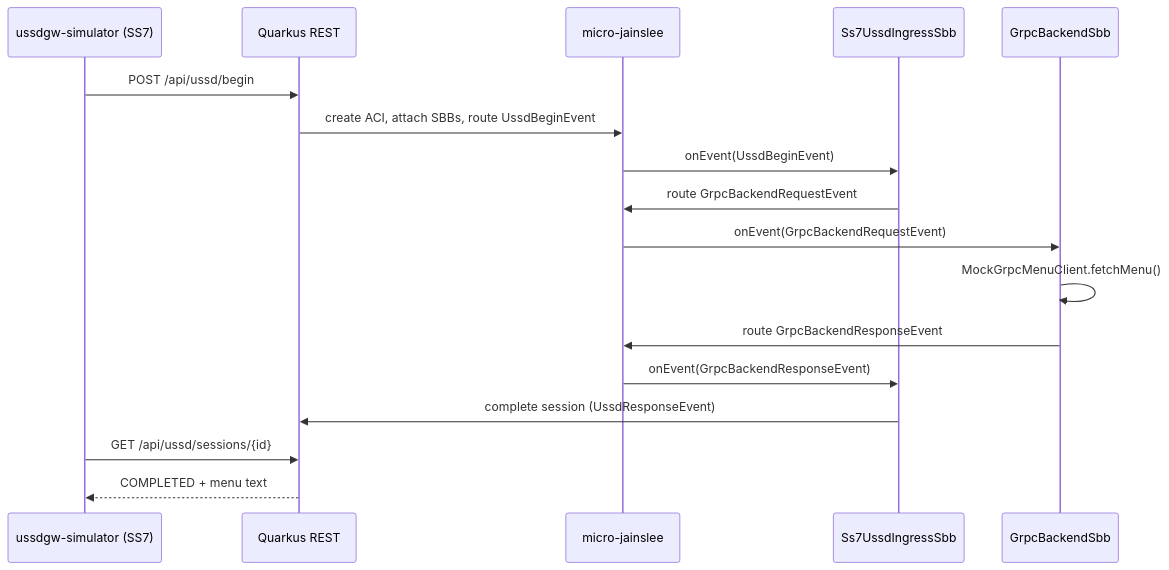
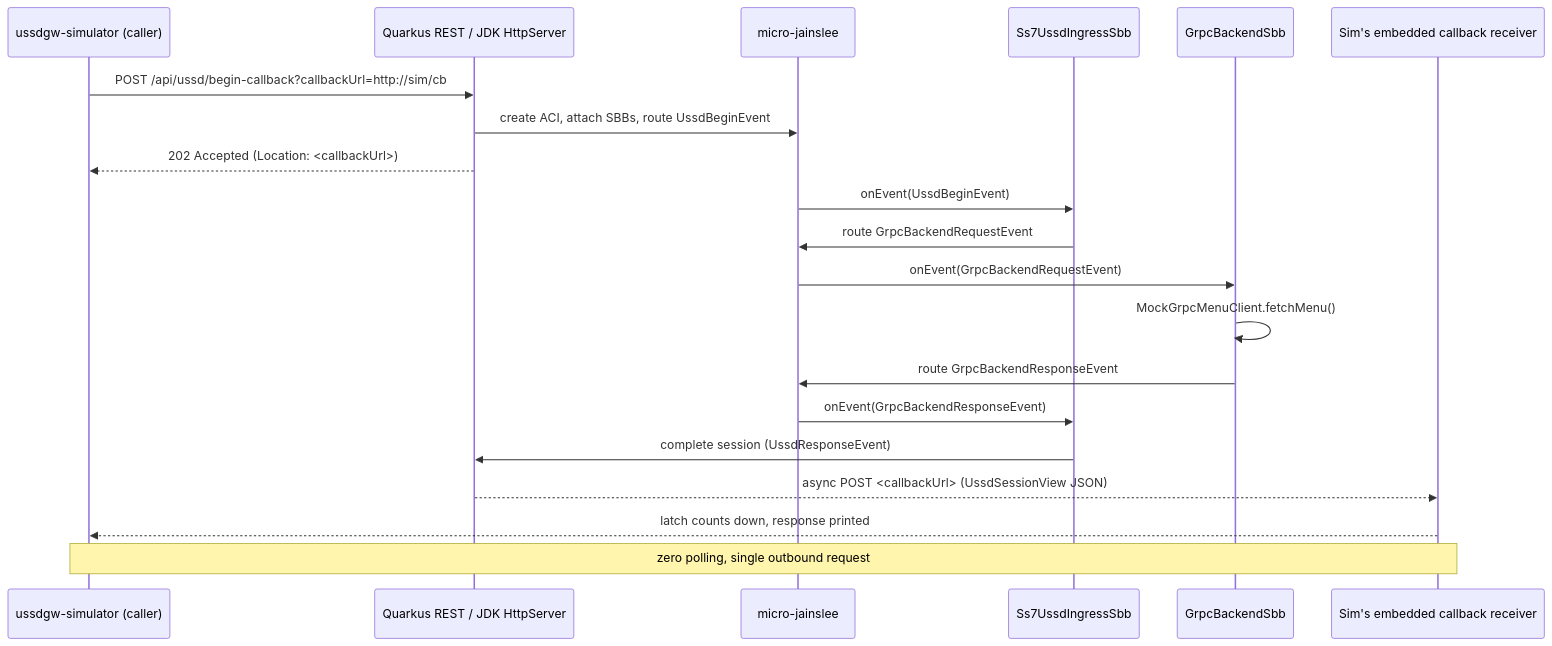
Before and after one commit to nhanth87/jain-slee: the diagram in example/README.md, drawn with Mermaid. The commit also changed other lines of this file and 26 other files, not shown here.

````diff
--- a/example/README.md
+++ b/example/README.md
@@ -15,20 +19,24 @@
 ```mermaid
 sequenceDiagram
-    participant Sim as ussdgw-simulator (SS7)
-    participant REST as Quarkus REST
+    participant Sim as ussdgw-simulator (caller)
+    participant REST as Quarkus REST / JDK HttpServer
     participant SLEE as micro-jainslee
     participant SS7 as Ss7UssdIngressSbb
     participant GRPC as GrpcBackendSbb
+    participant CB as Sim's embedded callback receiver
 
-    Sim->>REST: POST /api/ussd/begin
+    Sim->>REST: POST /api/ussd/begin-callback?callbackUrl=http://sim/cb
     REST->>SLEE: create ACI, attach SBBs, route UssdBeginEvent
+    REST-->>Sim: 202 Accepted (Location: <callbackUrl>)
     SLEE->>SS7: onEvent(UssdBeginEvent)
     SS7->>SLEE: route GrpcBackendRequestEvent
     SLEE->>GRPC: onEvent(GrpcBackendRequestEvent)
     GRPC->>GRPC: MockGrpcMenuClient.fetchMenu()
     GRPC->>SLEE: route GrpcBackendResponseEvent
     SLEE->>SS7: onEvent(GrpcBackendResponseEvent)
     SS7->>REST: complete session (UssdResponseEvent)
-    Sim->>REST: GET /api/ussd/sessions/{id}
-    REST-->>Sim: COMPLETED + menu text
+    REST-->>CB: async POST <callbackUrl> (UssdSessionView JSON)
+    CB-->>Sim: latch counts down, response printed
+
+    Note over Sim,CB: zero polling, single outbound request
 ```
````
